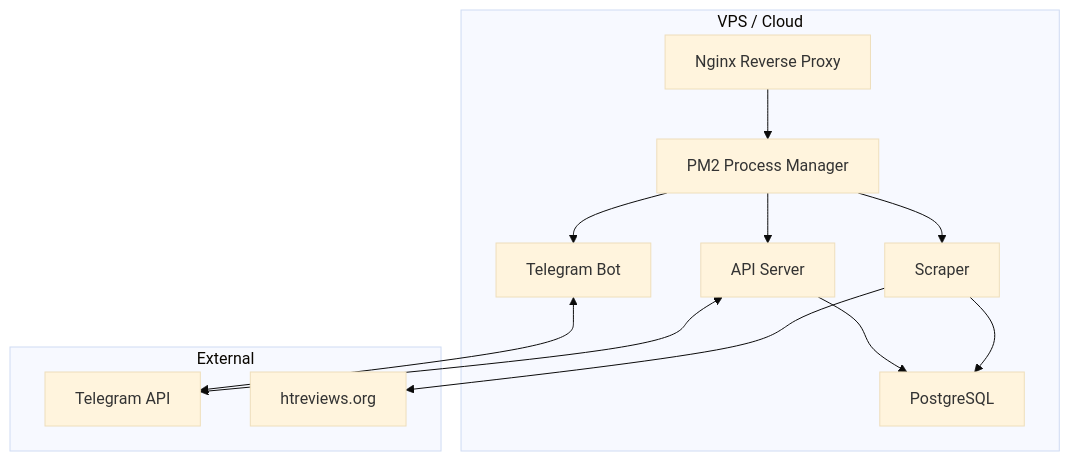
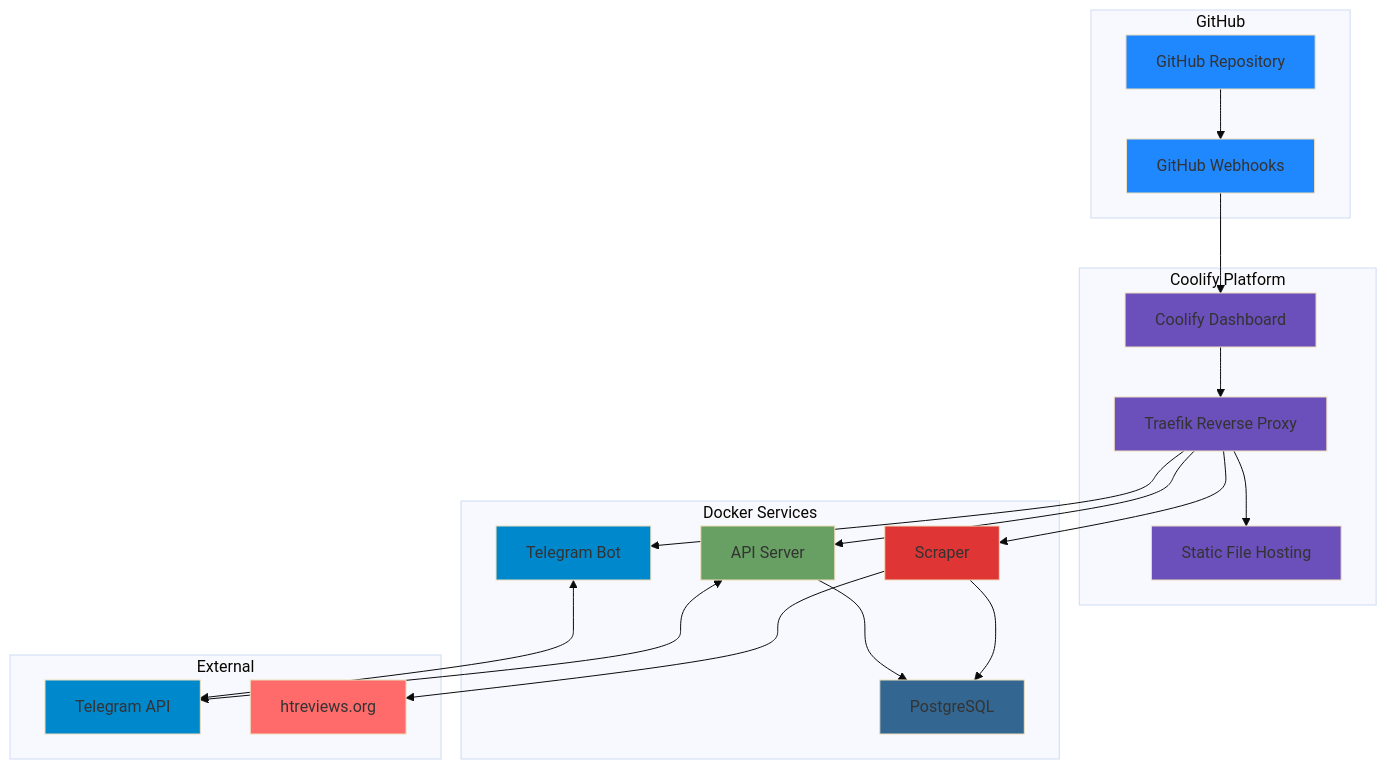
The seventh of 10 diagrams in plans/02-system-architecture.md (Zenderg/hookah-wishlist), drawn with Mermaid (base theme) before and after one commit. The commit also changed other lines of this file and 11 other files, not shown here.

````diff
--- a/plans/02-system-architecture.md
+++ b/plans/02-system-architecture.md
@@ -454,26 +399,50 @@
 ```mermaid
 graph TB
-    subgraph "VPS / Cloud"
-        NGINX[Nginx Reverse Proxy]
-        PM2[PM2 Process Manager]
+    subgraph "GitHub"
+        GH[GitHub Repository]
+        WH[GitHub Webhooks]
+    end
+    
+    subgraph "Coolify Platform"
+        CF[Coolify Dashboard]
+        TR[Traefik Reverse Proxy]
+        ST[Static File Hosting]
+    end
+    
+    subgraph "Docker Services"
         API_PROD[API Server]
         BOT_PROD[Telegram Bot]
         SCRAPER_PROD[Scraper]
         PG_PROD[PostgreSQL]
     end
     
     subgraph "External"
         TG[Telegram API]
         HTREVIEWS[htreviews.org]
     end
     
-    NGINX --> PM2
-    PM2 --> API_PROD
-    PM2 --> BOT_PROD
-    PM2 --> SCRAPER_PROD
+    GH --> WH
+    WH --> CF
+    CF --> TR
+    TR --> ST
+    TR --> API_PROD
+    TR --> BOT_PROD
+    TR --> SCRAPER_PROD
     API_PROD --> PG_PROD
     SCRAPER_PROD --> PG_PROD
     BOT_PROD <--> TG
     API_PROD <--> TG
     SCRAPER_PROD --> HTREVIEWS
+    
+    style GH fill:#2088ff
+    style WH fill:#2088ff
+    style CF fill:#6b4fbb
+    style TR fill:#6b4fbb
+    style ST fill:#6b4fbb
+    style API_PROD fill:#68a063
+    style BOT_PROD fill:#0088cc
+    style SCRAPER_PROD fill:#e03535
+    style PG_PROD fill:#336791
+    style TG fill:#0088cc
+    style HTREVIEWS fill:#ff6b6b
 ```
````
